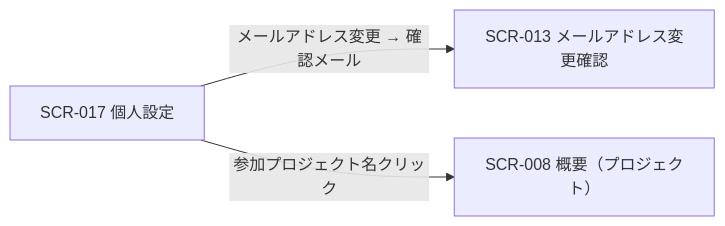
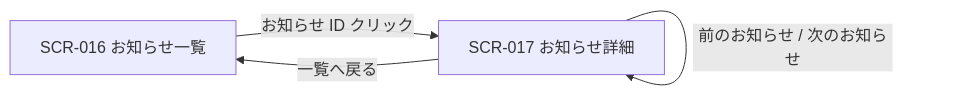
The diagram in 02_basic_design/01_screens/SCR-017.md (sikakou54/open-faq), drawn with Mermaid before and after one commit. The commit also changed other lines of this file and 617 other files, not shown here.

````diff
--- a/02_basic_design/01_screens/SCR-017.md
+++ b/02_basic_design/01_screens/SCR-017.md
@@ -36,8 +37,8 @@
 ```mermaid
 flowchart LR
-  S1["SCR-017 個人設定"]
-  S2["SCR-013 メールアドレス変更確認"]
-  S3["SCR-008 概要（プロジェクト）"]
-  S1 -->|メールアドレス変更 → 確認メール| S2
-  S1 -->|参加プロジェクト名クリック| S3
+  S0["SCR-016 お知らせ一覧"]
+  S1["SCR-017 お知らせ詳細"]
+  S0 -->|お知らせ ID クリック| S1
+  S1 -->|一覧へ戻る| S0
+  S1 -->|前のお知らせ / 次のお知らせ| S1
 ```
````
